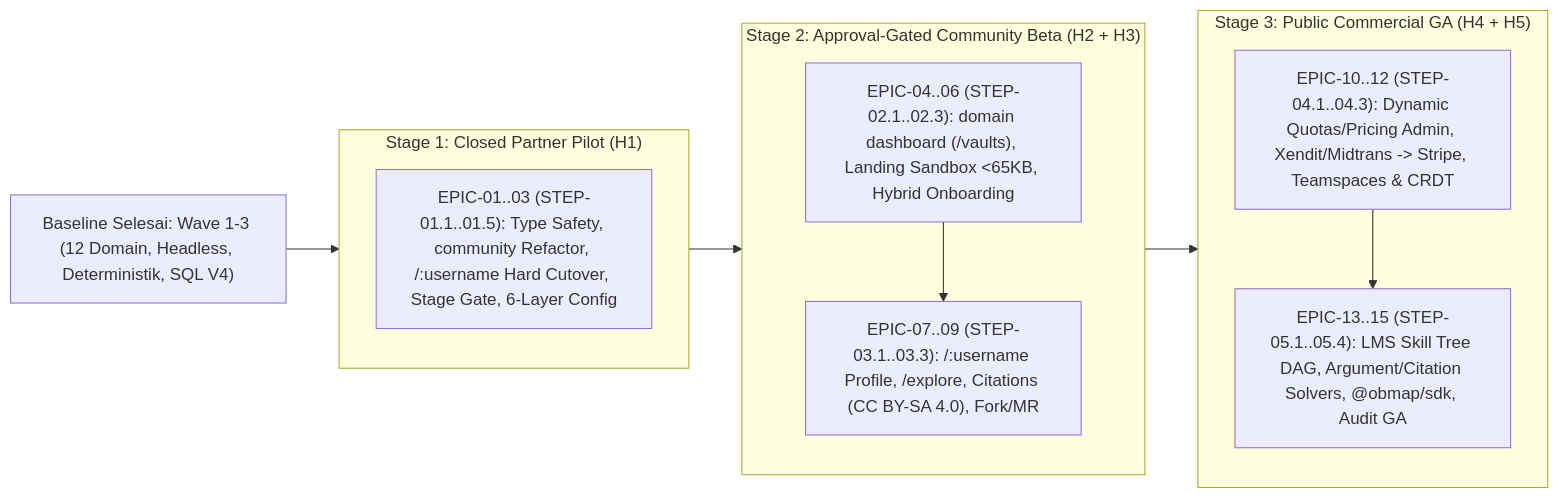
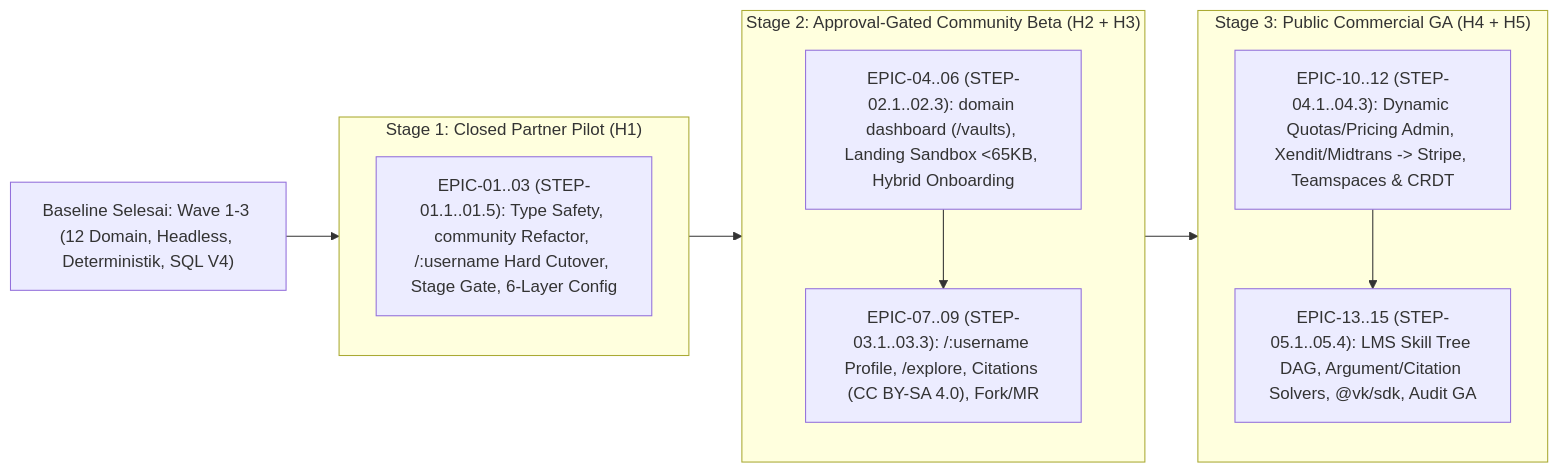
The diagram in docs/02-planning/roadmap.md (mjd-code/obmap-meed), drawn with Mermaid before and after one commit. The commit also changed other lines of this file and 219 other files, not shown here.

````diff
--- a/docs/02-planning/roadmap.md
+++ b/docs/02-planning/roadmap.md
@@ -29,18 +29,18 @@
 ```mermaid
 flowchart LR
     W3["Baseline Selesai: Wave 1-3 (12 Domain, Headless, Deterministik, SQL V4)"] --> S1
     subgraph S1 ["Stage 1: Closed Partner Pilot (H1)"]
         H1["EPIC-01..03 (STEP-01.1..01.5): Type Safety, community Refactor, /:username Hard Cutover, Stage Gate, 6-Layer Config"]
     end
     subgraph S2 ["Stage 2: Approval-Gated Community Beta (H2 + H3)"]
         H2["EPIC-04..06 (STEP-02.1..02.3): domain dashboard (/vaults), Landing Sandbox <65KB, Hybrid Onboarding"]
         H3["EPIC-07..09 (STEP-03.1..03.3): /:username Profile, /explore, Citations (CC BY-SA 4.0), Fork/MR"]
         H2 --> H3
     end
     subgraph S3 ["Stage 3: Public Commercial GA (H4 + H5)"]
         H4["EPIC-10..12 (STEP-04.1..04.3): Dynamic Quotas/Pricing Admin, Xendit/Midtrans -> Stripe, Teamspaces & CRDT"]
-        H5["EPIC-13..15 (STEP-05.1..05.4): LMS Skill Tree DAG, Argument/Citation Solvers, @obmap/sdk, Audit GA"]
+        H5["EPIC-13..15 (STEP-05.1..05.4): LMS Skill Tree DAG, Argument/Citation Solvers, @vk/sdk, Audit GA"]
         H4 --> H5
     end
     S1 --> S2 --> S3
 ```
````
